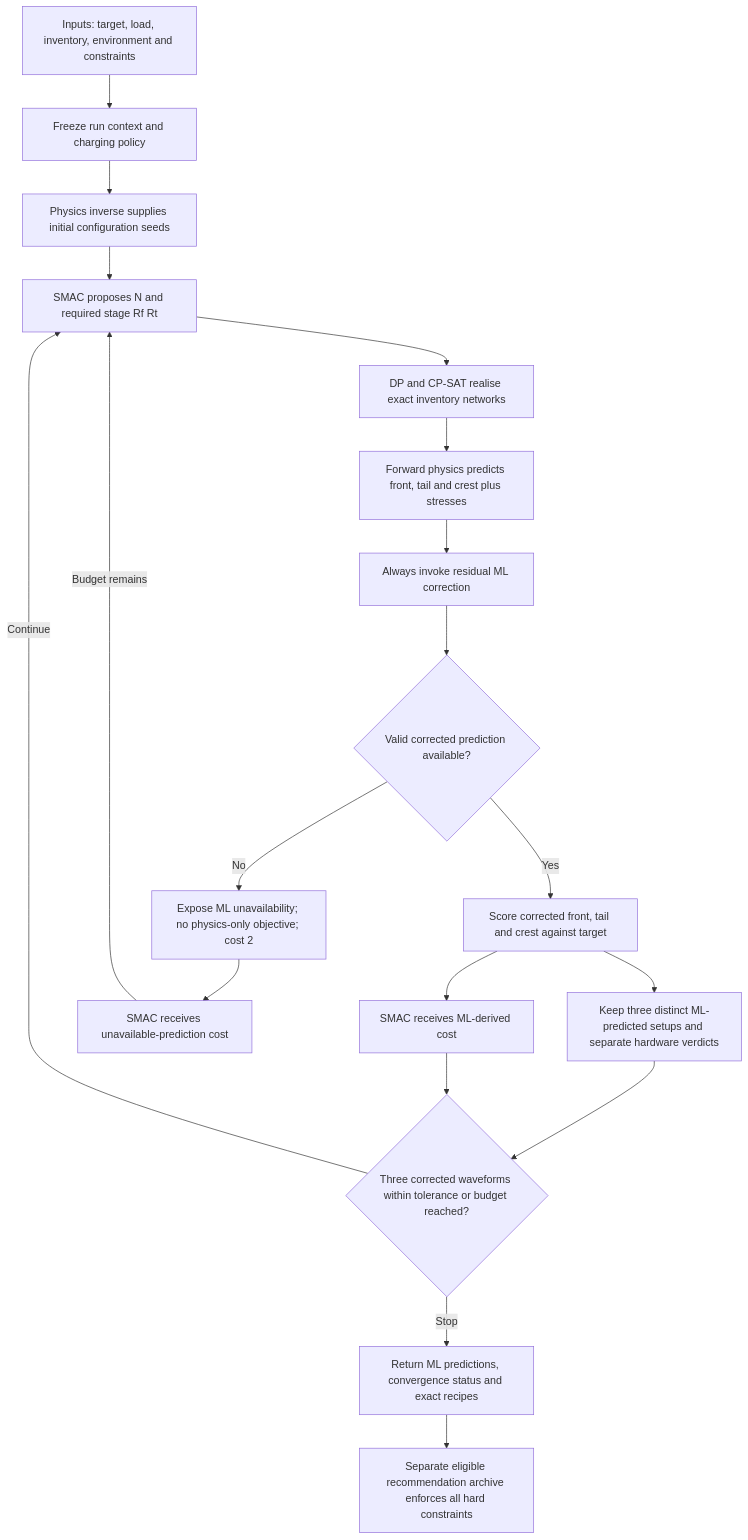
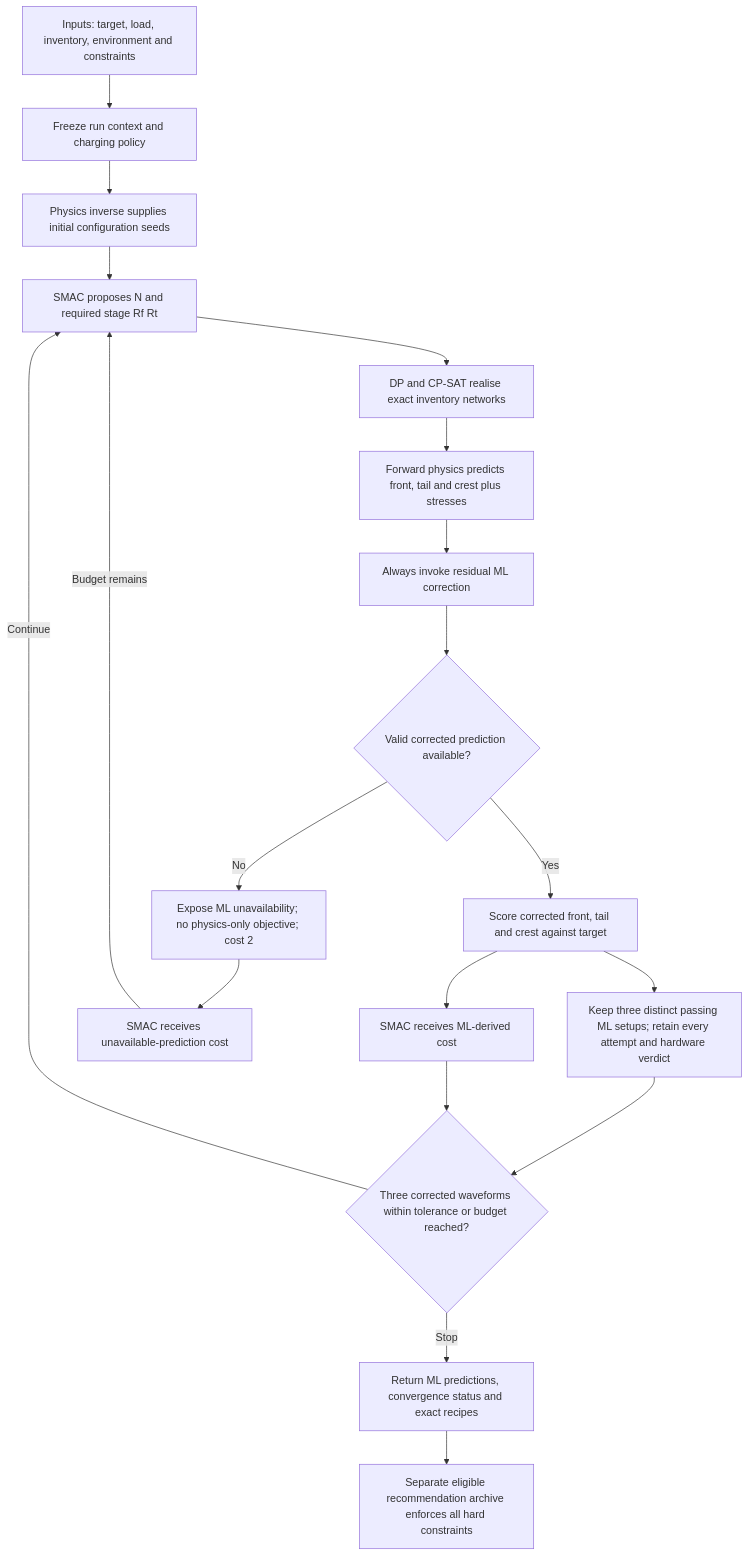
The first of 2 diagrams in docs/Marx_Generator_Technical_Implementation_Specification.md (Faizaan-Nasir/ImpulseForge), drawn with Mermaid before and after one commit. The commit also changed other lines of this file and 26 other files, not shown here.

````diff
--- a/docs/Marx_Generator_Technical_Implementation_Specification.md
+++ b/docs/Marx_Generator_Technical_Implementation_Specification.md
@@ -772,21 +772,21 @@
 ```mermaid
 flowchart TB
     A[Inputs: target, load, inventory, environment and constraints] --> B[Freeze run context and charging policy]
     B --> C[Physics inverse supplies initial configuration seeds]
     C --> D[SMAC proposes N and required stage Rf Rt]
     D --> E[DP and CP-SAT realise exact inventory networks]
     E --> F[Forward physics predicts front, tail and crest plus stresses]
     F --> G[Always invoke residual ML correction]
     G --> H{Valid corrected prediction available?}
     H -->|No| I[Expose ML unavailability; no physics-only objective; cost 2]
     H -->|Yes| J[Score corrected front, tail and crest against target]
-    J --> K[Keep three distinct ML-predicted setups and separate hardware verdicts]
+    J --> K[Keep three distinct passing ML setups; retain every attempt and hardware verdict]
     K --> L{Three corrected waveforms within tolerance or budget reached?}
     I --> M[SMAC receives unavailable-prediction cost]
     M -->|Budget remains| D
     J --> N[SMAC receives ML-derived cost]
     N --> L
     L -->|Continue| D
     L -->|Stop| O[Return ML predictions, convergence status and exact recipes]
     O --> P[Separate eligible recommendation archive enforces all hard constraints]
 ```
````
